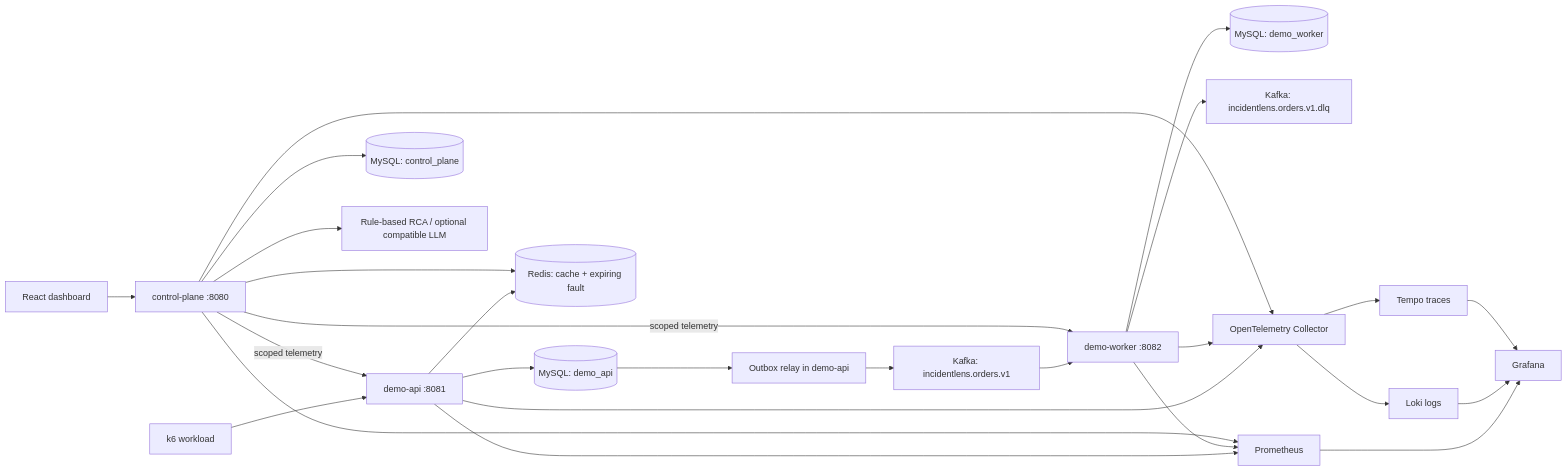
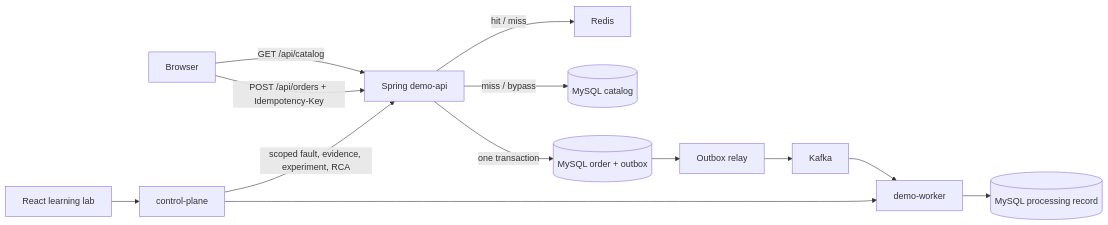
The diagram in README.md (NIGHTPURI/incident-lens), drawn with Mermaid before and after one commit. The commit also changed other lines of this file and 4 other files, not shown here.

Commit message:
docs: guide bilingual learning and record local verification

````diff
--- a/README.md
+++ b/README.md
@@ -68,22 +22,15 @@
 ```mermaid
 flowchart LR
-    Browser[React dashboard] --> CP[control-plane :8080]
-    k6[k6 workload] --> API[demo-api :8081]
-    API --> DB1[(MySQL: demo_api)]
-    API --> R[(Redis: cache + expiring fault)]
-    DB1 --> Relay[Outbox relay in demo-api]
-    Relay --> K[Kafka: incidentlens.orders.v1]
-    K --> W[demo-worker :8082]
-    W --> DB2[(MySQL: demo_worker)]
-    W --> DLQ[Kafka: incidentlens.orders.v1.dlq]
-    CP --> DB3[(MySQL: control_plane)]
-    CP --> R
-    CP -->|scoped telemetry| API
-    CP -->|scoped telemetry| W
-    CP --> RCA[Rule-based RCA / optional compatible LLM]
-    API & W & CP --> Metrics[Prometheus]
-    API & W & CP --> OTel[OpenTelemetry Collector]
-    OTel --> Loki[Loki logs]
-    OTel --> Tempo[Tempo traces]
-    Metrics & Loki & Tempo --> Grafana[Grafana]
+  Browser -->|GET /api/catalog| API[Spring demo-api]
+  API -->|hit / miss| Redis
+  API -->|miss / bypass| Catalog[(MySQL catalog)]
+  Browser -->|POST /api/orders + Idempotency-Key| API
+  API -->|one transaction| Orders[(MySQL order + outbox)]
+  Orders --> Relay[Outbox relay]
+  Relay --> Kafka
+  Kafka --> Worker[demo-worker]
+  Worker --> WorkerDB[(MySQL processing record)]
+  Web[React learning lab] --> Control[control-plane]
+  Control -->|scoped fault, evidence, experiment, RCA| API
+  Control --> Worker
 ```
````
